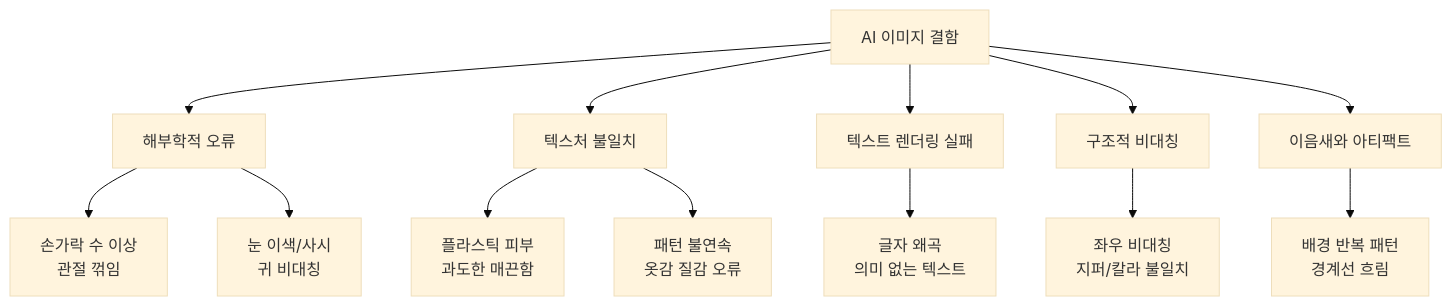
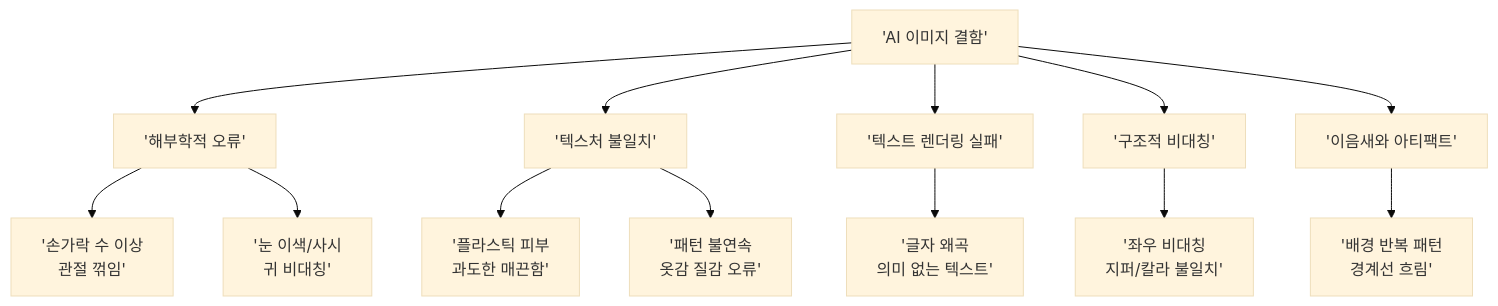
One commit to jsonpassion/forge-tutorial-promptcanvas changed the first of 3 diagrams in 09-ch9-adobe-photoshop-firefly-리터치-워크플로우/04-04-ai-생성-이미지-결함-보정-기법.md. Above: the diagram before and after it, drawn with Mermaid (base theme). The commit also changed other lines of this file and 63 other files, not shown here.

````diff
--- a/09-ch9-adobe-photoshop-firefly-리터치-워크플로우/04-04-ai-생성-이미지-결함-보정-기법.md
+++ b/09-ch9-adobe-photoshop-firefly-리터치-워크플로우/04-04-ai-생성-이미지-결함-보정-기법.md
@@ -35,16 +13,16 @@
 ```mermaid
 graph TD
-    ROOT["AI 이미지 결함"] --> A["해부학적 오류"]
-    ROOT --> B["텍스처 불일치"]
-    ROOT --> C["텍스트 렌더링 실패"]
-    ROOT --> D["구조적 비대칭"]
-    ROOT --> E["이음새와 아티팩트"]
+    ROOT['AI 이미지 결함'] --> A['해부학적 오류']
+    ROOT --> B['텍스처 불일치']
+    ROOT --> C['텍스트 렌더링 실패']
+    ROOT --> D['구조적 비대칭']
+    ROOT --> E['이음새와 아티팩트']
 
-    A --> A1["손가락 수 이상<br/>관절 꺾임"]
-    A --> A2["눈 이색/사시<br/>귀 비대칭"]
-    B --> B1["플라스틱 피부<br/>과도한 매끈함"]
-    B --> B2["패턴 불연속<br/>옷감 질감 오류"]
-    C --> C1["글자 왜곡<br/>의미 없는 텍스트"]
-    D --> D1["좌우 비대칭<br/>지퍼/칼라 불일치"]
-    E --> E1["배경 반복 패턴<br/>경계선 흐림"]
+    A --> A1['손가락 수 이상<br/>관절 꺾임']
+    A --> A2['눈 이색/사시<br/>귀 비대칭']
+    B --> B1['플라스틱 피부<br/>과도한 매끈함']
+    B --> B2['패턴 불연속<br/>옷감 질감 오류']
+    C --> C1['글자 왜곡<br/>의미 없는 텍스트']
+    D --> D1['좌우 비대칭<br/>지퍼/칼라 불일치']
+    E --> E1['배경 반복 패턴<br/>경계선 흐림']
 ```
````
